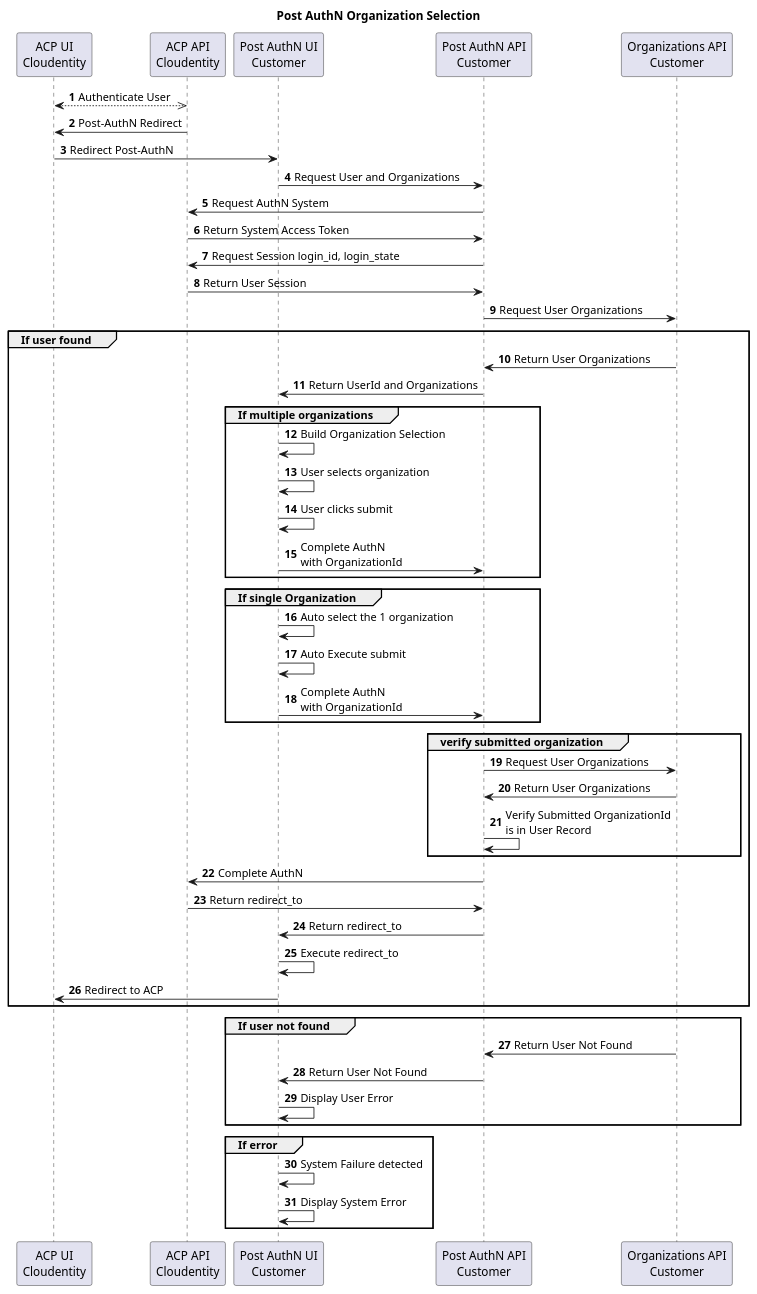
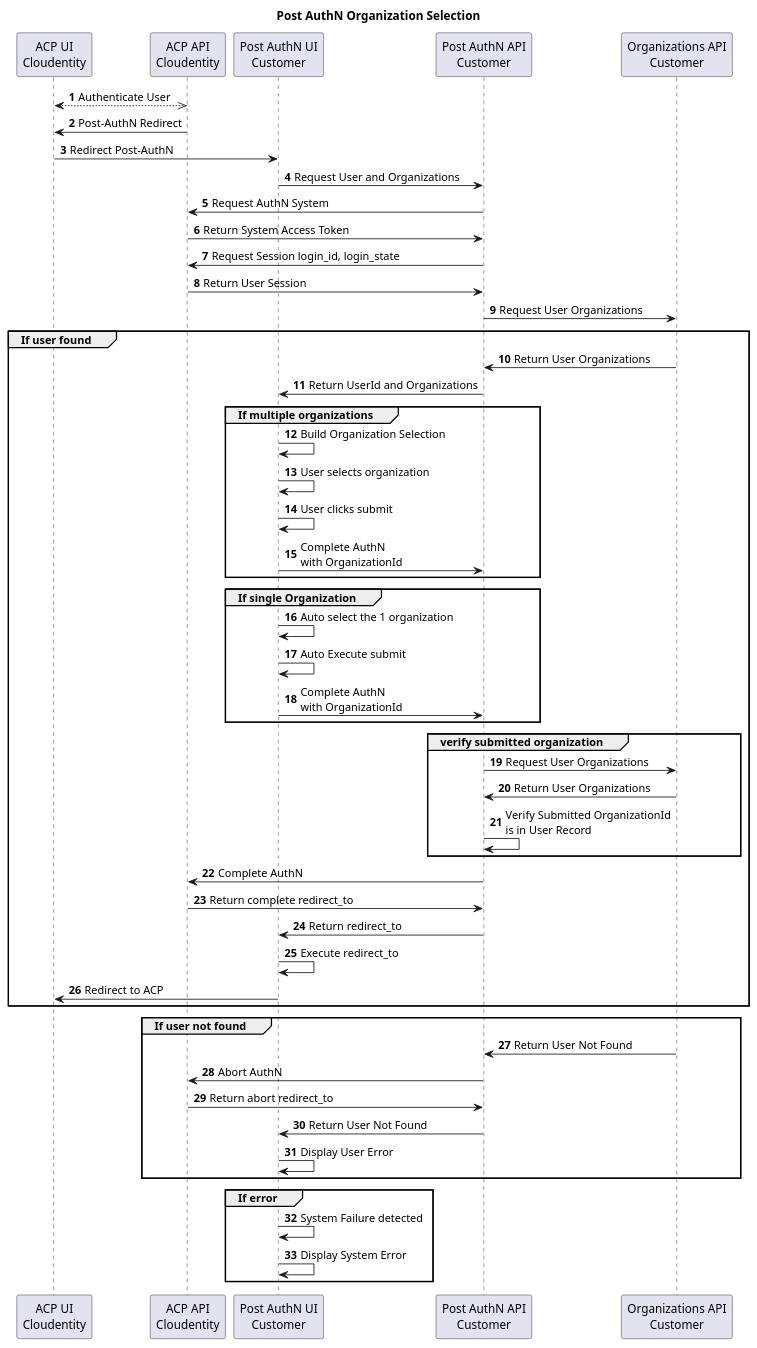
Before and after one commit to cloudentity/ce-samples-post-authn: the diagram in docs/post-authn-flow.puml, drawn with PlantUML. The commit also changed 4 other files, not shown here.

```diff
--- a/docs/post-authn-flow.puml
+++ b/docs/post-authn-flow.puml
@@ -1,63 +1,65 @@
 @startuml
 
 title "Post AuthN Organization Selection"
 scale 1.09
 autonumber
 participant acp_ui as "ACP UI\nCloudentity"
 participant acp_api as "ACP API\nCloudentity"
 participant post_authn_ui as "Post AuthN UI\nCustomer"
 participant post_authn_api as "Post AuthN API\nCustomer"
 participant customer_api as "Organizations API\nCustomer"
 
 acp_ui <-->> acp_api: Authenticate User
 
 acp_ui <- acp_api: Post-AuthN Redirect
 post_authn_ui <- acp_ui: Redirect Post-AuthN
 post_authn_ui -> post_authn_api: Request User and Organizations
 
 acp_api <- post_authn_api: Request AuthN System
 acp_api -> post_authn_api: Return System Access Token
 
 acp_api <- post_authn_api: Request Session login_id, login_state
 acp_api -> post_authn_api: Return User Session
 
 post_authn_api -> customer_api: Request User Organizations
 
 group If user found
   post_authn_api <- customer_api: Return User Organizations
   post_authn_ui <- post_authn_api: Return UserId and Organizations
   group If multiple organizations
     post_authn_ui -> post_authn_ui: Build Organization Selection
     post_authn_ui -> post_authn_ui: User selects organization
     post_authn_ui -> post_authn_ui: User clicks submit
     post_authn_ui -> post_authn_api: Complete AuthN\nwith OrganizationId
   end
   group If single Organization
     post_authn_ui -> post_authn_ui: Auto select the 1 organization
     post_authn_ui -> post_authn_ui: Auto Execute submit
     post_authn_ui -> post_authn_api: Complete AuthN\nwith OrganizationId
   end
   group verify submitted organization
     post_authn_api -> customer_api: Request User Organizations
     post_authn_api <- customer_api: Return User Organizations
     post_authn_api -> post_authn_api: Verify Submitted OrganizationId\nis in User Record
   end
   acp_api <- post_authn_api: Complete AuthN
-  acp_api -> post_authn_api: Return redirect_to
+  acp_api -> post_authn_api: Return complete redirect_to
   post_authn_ui <- post_authn_api: Return redirect_to
   post_authn_ui-> post_authn_ui: Execute redirect_to
   acp_ui <- post_authn_ui: Redirect to ACP
 end
 
 group If user not found
   post_authn_api <- customer_api: Return User Not Found
+  acp_api <- post_authn_api: Abort AuthN
+  acp_api -> post_authn_api: Return abort redirect_to
   post_authn_ui <- post_authn_api: Return User Not Found
   post_authn_ui -> post_authn_ui: Display User Error
 end
 
 group If error
   post_authn_ui -> post_authn_ui: System Failure detected
   post_authn_ui -> post_authn_ui: Display System Error
 end
 
 @enduml
```
